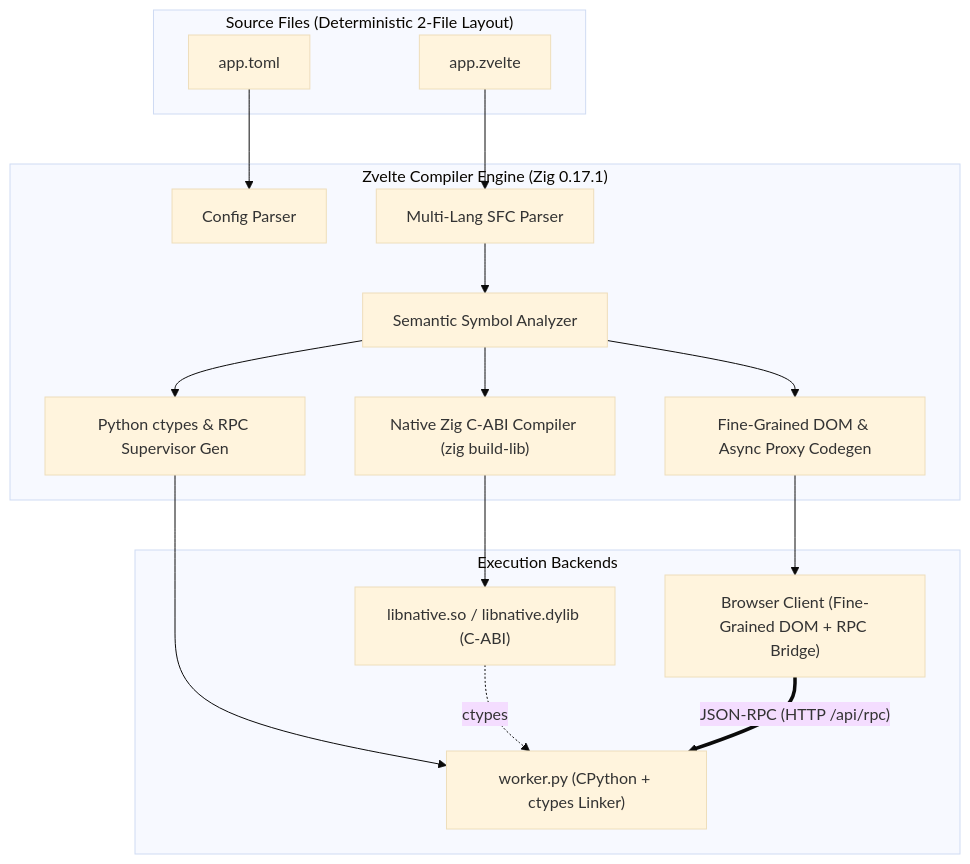
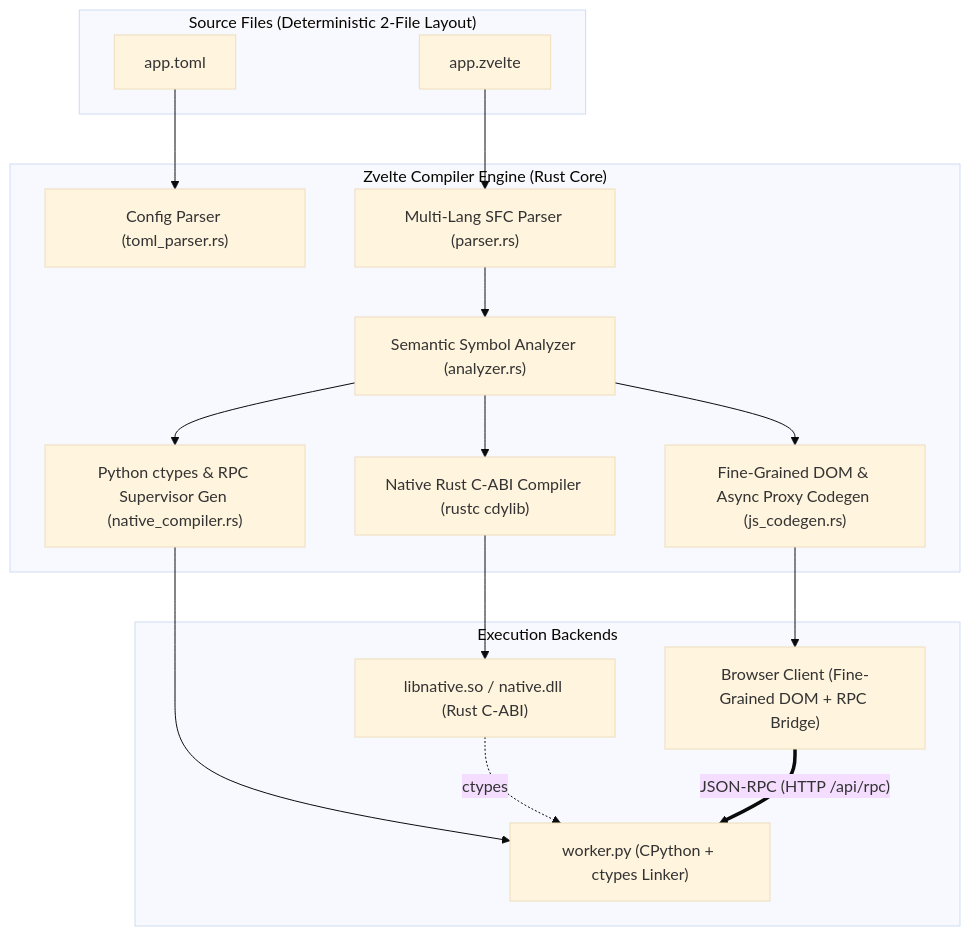
One commit to babar-xagi/Zvelte changed the diagram in README.md. Above: the diagram before and after it, drawn with Mermaid (base theme). The commit also changed other lines of this file and 58 other files, not shown here.

Commit message:
refactor!: migrate Zvelte from Zig to pure Rust engine supporting Python and Rust scripts

````diff
--- a/README.md
+++ b/README.md
@@ -178,35 +192,35 @@
 ```mermaid
 flowchart TD
     subgraph Inputs["Source Files (Deterministic 2-File Layout)"]
         TOML["app.toml"]
         SFC["app.zvelte"]
     end
 
-    subgraph Compiler["Zvelte Compiler Engine (Zig 0.17.1)"]
-        CFG["Config Parser"]
-        PARSER["Multi-Lang SFC Parser"]
-        SEM["Semantic Symbol Analyzer"]
-        NATIVE["Native Zig C-ABI Compiler (zig build-lib)"]
-        PYGEN["Python ctypes & RPC Supervisor Gen"]
-        JSGEN["Fine-Grained DOM & Async Proxy Codegen"]
+    subgraph Compiler["Zvelte Compiler Engine (Rust Core)"]
+        CFG["Config Parser (toml_parser.rs)"]
+        PARSER["Multi-Lang SFC Parser (parser.rs)"]
+        SEM["Semantic Symbol Analyzer (analyzer.rs)"]
+        NATIVE["Native Rust C-ABI Compiler (rustc cdylib)"]
+        PYGEN["Python ctypes & RPC Supervisor Gen (native_compiler.rs)"]
+        JSGEN["Fine-Grained DOM & Async Proxy Codegen (js_codegen.rs)"]
     end
 
     subgraph Runtime["Execution Backends"]
-        NATIVELIB["libnative.so / libnative.dylib (C-ABI)"]
+        NATIVELIB["libnative.so / native.dll (Rust C-ABI)"]
         PYWORKER["worker.py (CPython + ctypes Linker)"]
         CLIENT["Browser Client (Fine-Grained DOM + RPC Bridge)"]
     end
 
     TOML --> CFG
     SFC --> PARSER
     PARSER --> SEM
     SEM --> NATIVE
     SEM --> PYGEN
     SEM --> JSGEN
 
     NATIVE --> NATIVELIB
     PYGEN --> PYWORKER
     NATIVELIB -. ctypes .-> PYWORKER
     JSGEN --> CLIENT
     CLIENT == JSON-RPC (HTTP /api/rpc) ==> PYWORKER
 ```
````
